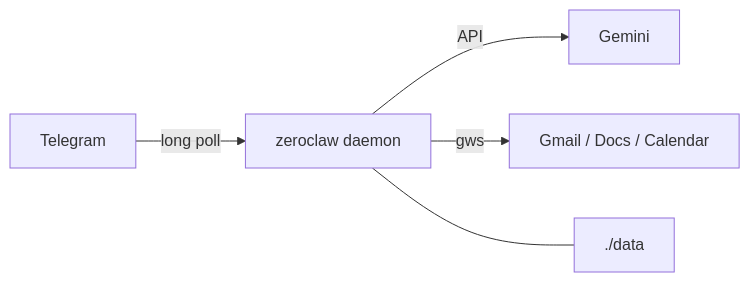
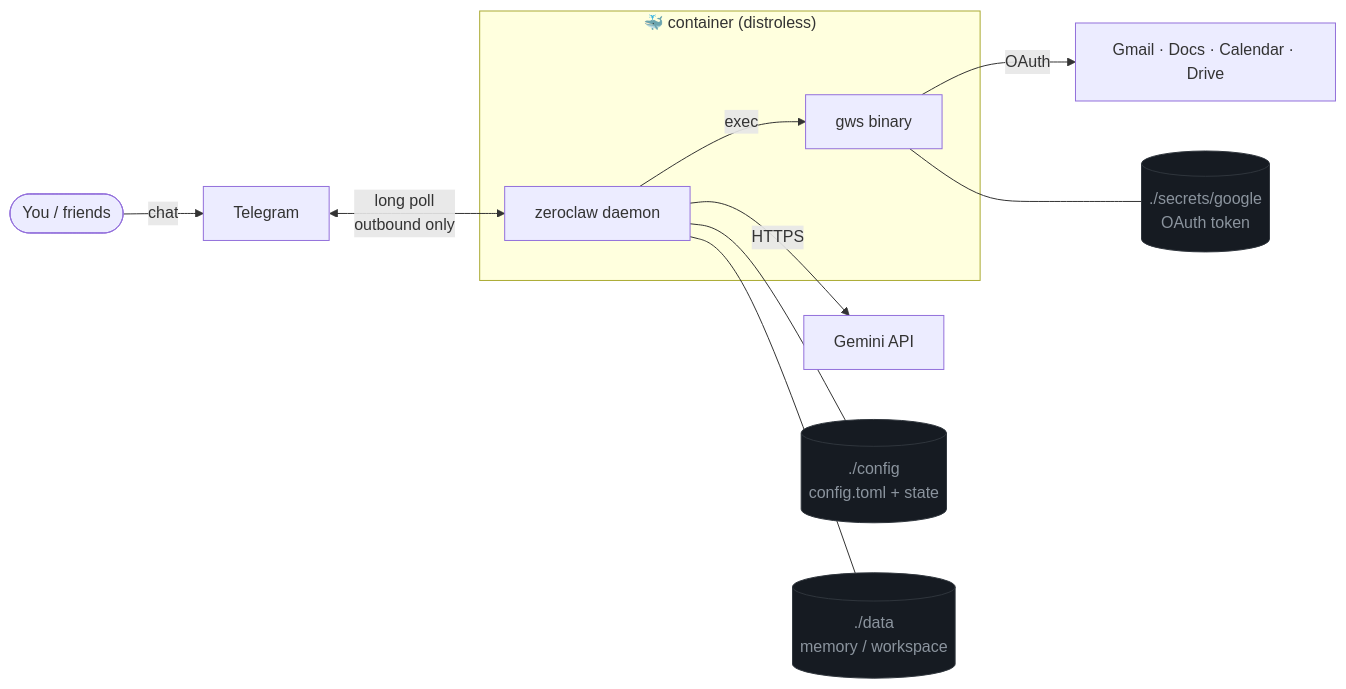
Before and after one commit to shotah/zeroclaw_scripts: the first of 5 diagrams in README.md, drawn with Mermaid. The commit also changed other lines of this file and 8 other files, not shown here.

````diff
--- a/README.md
+++ b/README.md
@@ -22,7 +39,21 @@
 ```mermaid
 flowchart LR
-  TG[Telegram] -->|long poll| ZC[zeroclaw daemon]
-  ZC -->|API| GEM[Gemini]
-  ZC -->|gws| GW[Gmail / Docs / Calendar]
-  ZC --- DATA["./data"]
+  You([You / friends]) -->|chat| TG[Telegram]
+  TG <-->|long poll<br/>outbound only| ZC
+
+  subgraph Host["🐳 container (distroless)"]
+    ZC[zeroclaw daemon]
+    GWS[gws binary]
+    ZC -->|exec| GWS
+  end
+
+  ZC -->|HTTPS| GEM[Gemini API]
+  GWS -->|OAuth| GW[Gmail · Docs · Calendar · Drive]
+
+  ZC --- CFG[("./config<br/>config.toml + state")]
+  ZC --- DATA[("./data<br/>memory / workspace")]
+  GWS --- SEC[("./secrets/google<br/>OAuth token")]
+
+  classDef store fill:#161b22,stroke:#30363d,color:#8b949e;
+  class CFG,DATA,SEC store;
 ```
````
